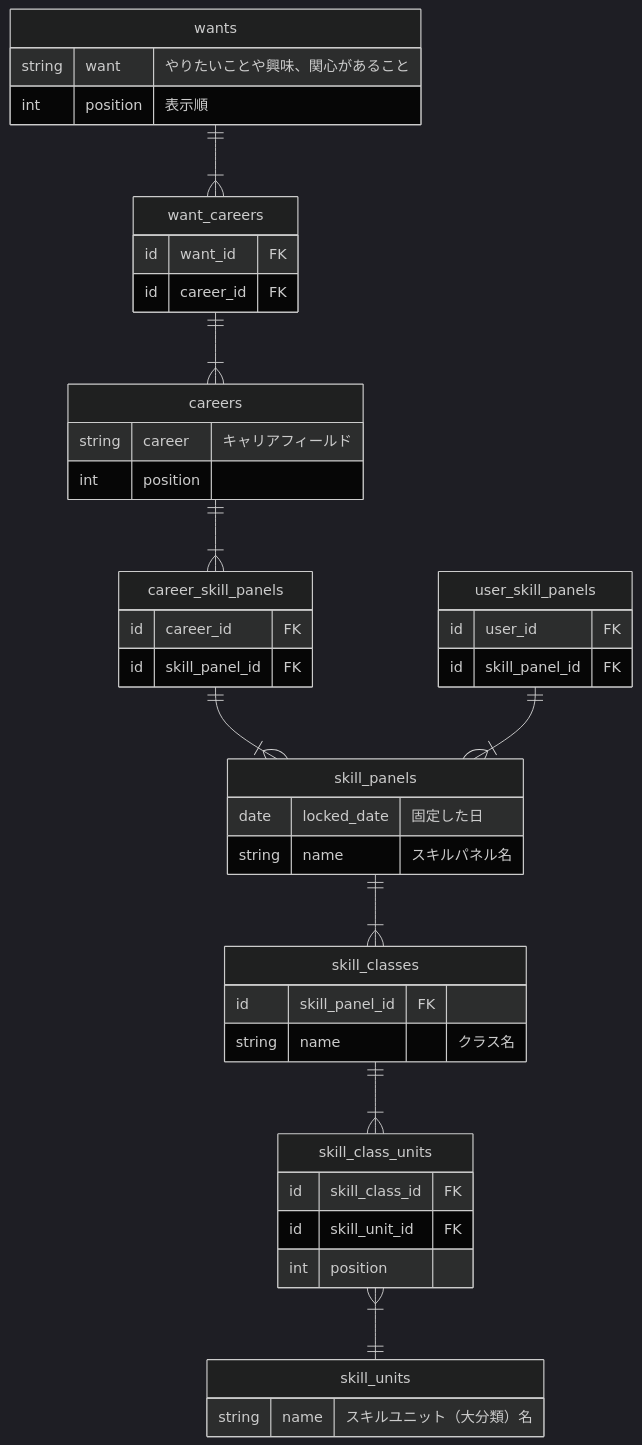
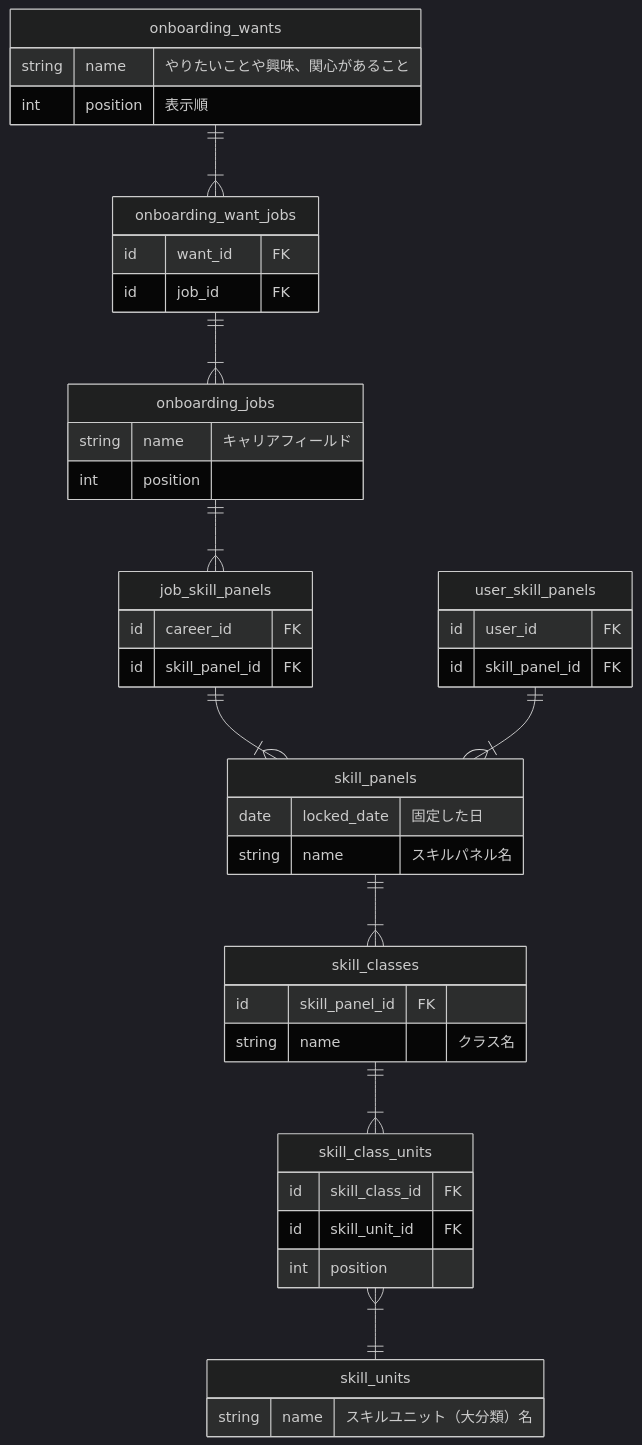
Before and after one commit to bright-org/bright: the diagram in docs/conceptual_schemas/onbordings.md, drawn with Mermaid (dark theme).

Commit message:
レビュー内容反映

````diff
--- a/docs/conceptual_schemas/onbordings.md
+++ b/docs/conceptual_schemas/onbordings.md
@@ -16,57 +16,57 @@
 ```mermaid
 erDiagram
-  wants ||--|{ want_careers : ""
-  want_careers ||--|{ careers : ""
-  careers ||--|{ career_skill_panels : ""
-  career_skill_panels ||--|{ skill_panels : ""
+  onboarding_wants ||--|{ onboarding_want_jobs : ""
+  onboarding_want_jobs ||--|{ onboarding_jobs : ""
+  onboarding_jobs ||--|{ job_skill_panels : ""
+  job_skill_panels ||--|{ skill_panels : ""
   user_skill_panels ||--|{ skill_panels : ""
   skill_panels ||--|{ skill_classes : ""
   skill_classes ||--|{ skill_class_units : ""
   skill_class_units }|--|| skill_units : ""
 
-  wants {
-    string want "やりたいことや興味、関心があること"
+  onboarding_wants {
+    string name "やりたいことや興味、関心があること"
     int position "表示順"
   }
 
-  want_careers {
+  onboarding_want_jobs {
     id want_id FK
-    id career_id FK
+    id job_id FK
   }
 
-  careers {
-    string career "キャリアフィールド"
+  onboarding_jobs {
+    string name "キャリアフィールド"
     int position
   }
 
-  career_skill_panels {
+  job_skill_panels {
     id career_id FK
     id skill_panel_id FK
   }
 
   skill_panels {
     date locked_date "固定した日"
     string name "スキルパネル名"
   }
 
   user_skill_panels {
     id user_id FK
     id skill_panel_id FK
   }
 
   skill_classes {
     id skill_panel_id FK
     string name "クラス名"
   }
 
   skill_class_units {
     id skill_class_id FK
     id skill_unit_id FK
     int position
   }
 
   skill_units {
     string name "スキルユニット（大分類）名"
   }
 
 ```
````
